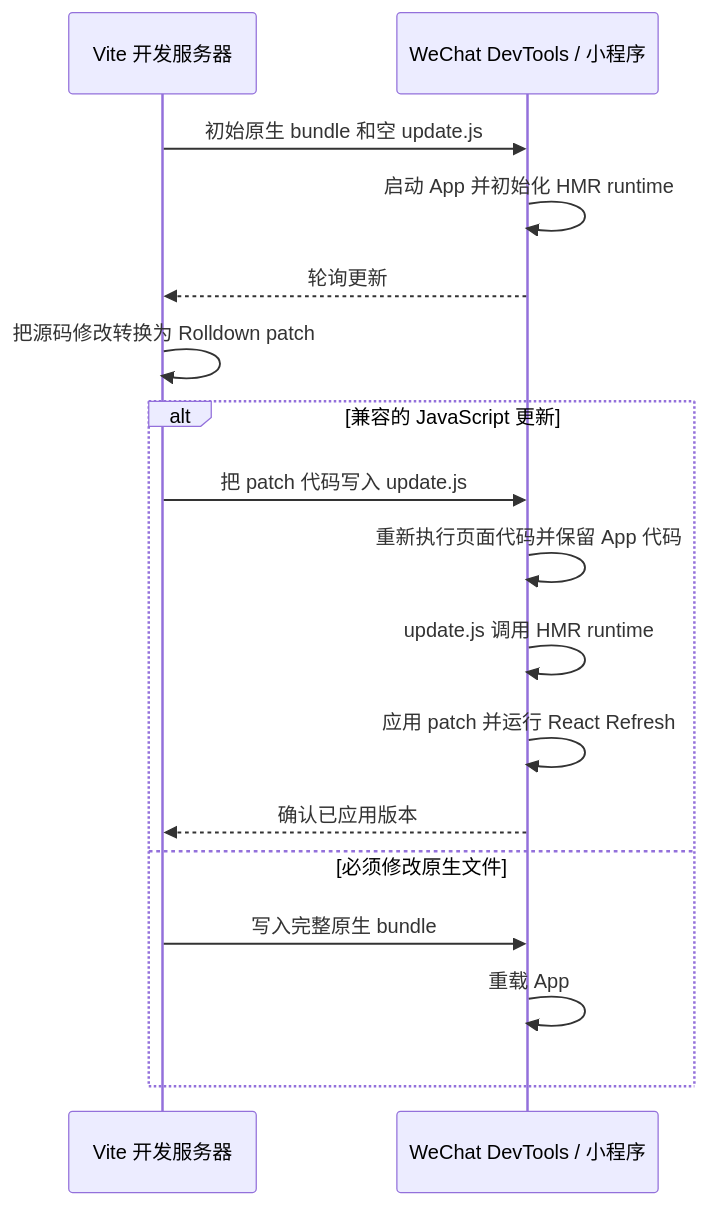
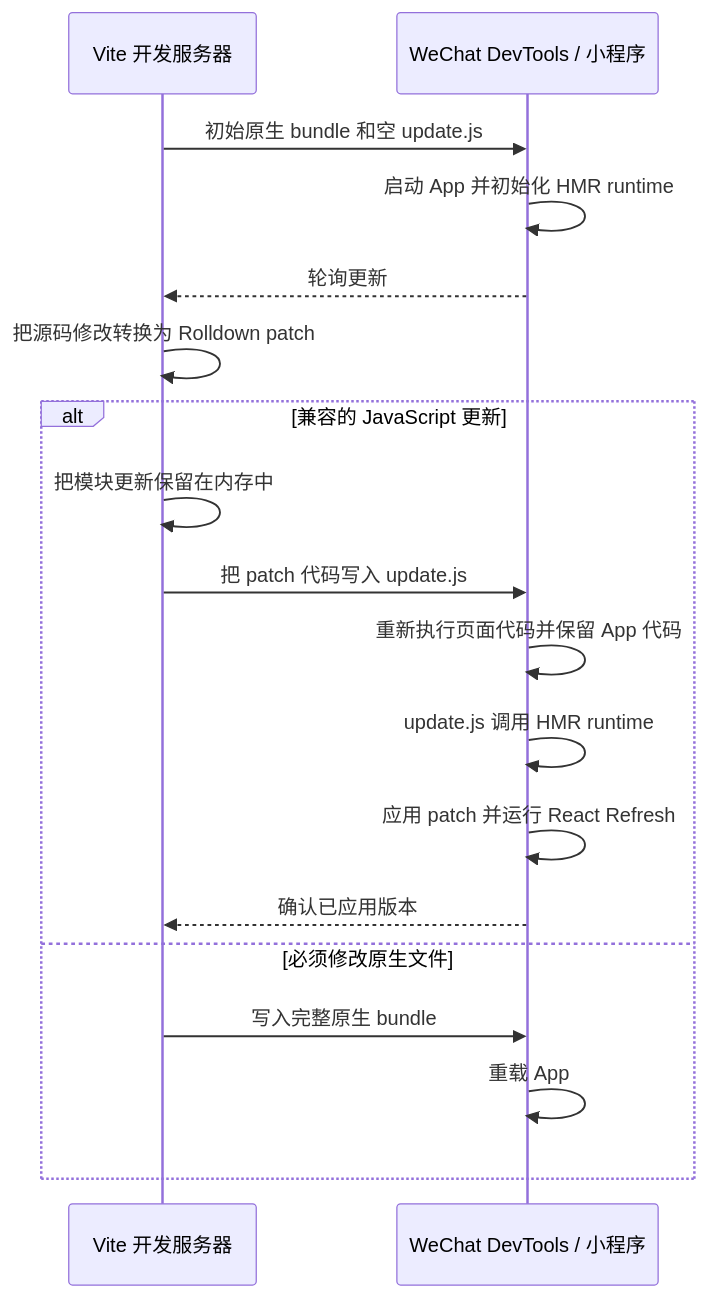
One commit to sep2/vite-plugin-taro changed the diagram in draft/hmr-architecture.zh.md. Above: the diagram before and after it, drawn with Mermaid. The commit also changed other lines of this file and 1 other file, not shown here.

Commit message:
docs: elaborate on memory-based updates and `update.js` workflows in HMR architecture draft

````diff
--- a/draft/hmr-architecture.zh.md
+++ b/draft/hmr-architecture.zh.md
@@ -34,22 +36,23 @@
 ```mermaid
 sequenceDiagram
     participant Server as Vite 开发服务器
     participant WX as WeChat DevTools / 小程序
 
     Server->>WX: 初始原生 bundle 和空 update.js
     WX->>WX: 启动 App 并初始化 HMR runtime
     WX-->>Server: 轮询更新
 
     Server->>Server: 把源码修改转换为 Rolldown patch
 
     alt 兼容的 JavaScript 更新
+        Server->>Server: 把模块更新保留在内存中
         Server->>WX: 把 patch 代码写入 update.js
         WX->>WX: 重新执行页面代码并保留 App 代码
         WX->>WX: update.js 调用 HMR runtime
         WX->>WX: 应用 patch 并运行 React Refresh
         WX-->>Server: 确认已应用版本
     else 必须修改原生文件
         Server->>WX: 写入完整原生 bundle
         WX->>WX: 重载 App
     end
 ```
````
